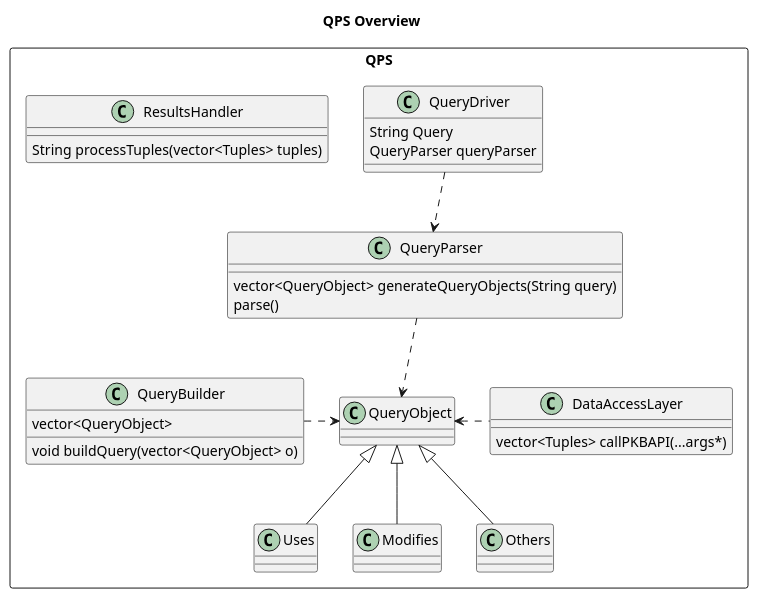
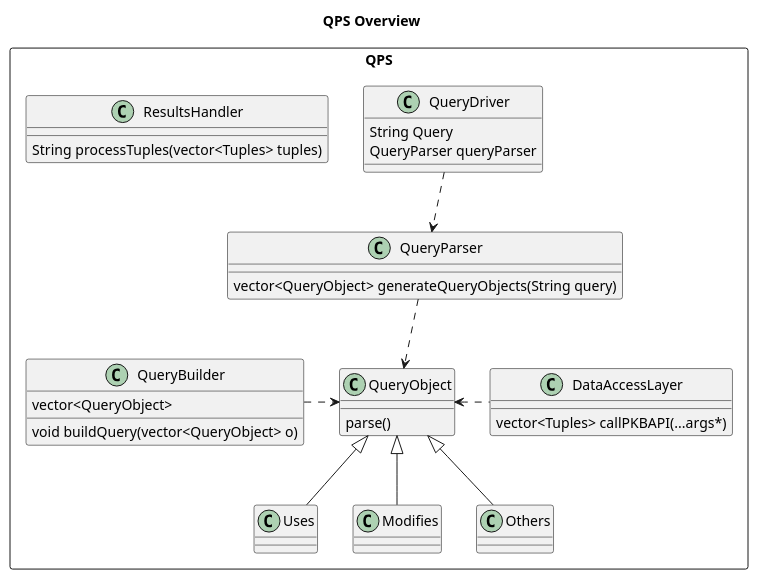
Before and after one commit to NicsunXnus/SoftwareEngineeringProject: the diagram in Team00/Docs/Diagrams/QPS/QPSOverview.puml, drawn with PlantUML. The commit also changed other lines of this file and 1 other file, not shown here.

```diff
--- a/Team00/Docs/Diagrams/QPS/QPSOverview.puml
+++ b/Team00/Docs/Diagrams/QPS/QPSOverview.puml
@@ -1,74 +1,74 @@
 @startuml
 ' !include ../style.puml
 skinparam ClassFontColor #000000
 skinparam ClassBorderColor #000000
 
 title QPS Overview
 
 ' package QueryProcessingSubsystem <<Rectangle>> {
     
 ' }
 ' Class Tokens {
         
 ' }
 package QPS <<Rectangle>> {
     'Tokenizes the query'
     ' Class Tokenizer {
     '     vector<Tokens> tokens
     ' }
     'Represents the different types of tokens'
     
     Class QueryDriver {
         String Query
         QueryParser queryParser
     }
 
     'Converts the Tokens into Query Object'
     Class QueryParser {
         vector<QueryObject> generateQueryObjects(String query)
-        parse()
+        
     }
 
     'AST representation of tokens'
     ' Class AST'
 
     'Holds the info needed to request the PKB'
     Class QueryObject {
-        
+        parse()
     }
     Class Uses
     Class Modifies
     Class Others
     
     'builds the query based on Query Object (which API calls to make to PKB)'
     Class QueryBuilder {
         vector<QueryObject>
         void buildQuery(vector<QueryObject> o)
     }
     'Handles return values from PKB'
     Class ResultsHandler {
         String processTuples(vector<Tuples> tuples)
     }
 
     'Talks to PKB'
     Class DataAccessLayer {
         
         vector<Tuples> callPKBAPI(...args*)
     }
 
     
 
 }
 
 
 Uses -up-|> QueryObject
 Modifies -up-|> QueryObject
 Others -up-|> QueryObject
 QueryParser .down.> QueryObject
 DataAccessLayer .left.> QueryObject
 QueryBuilder .right.> QueryObject
 QueryDriver ..> QueryParser
 ' QueryProcessingSubsystem -down-> QPS
 ' Clauses -up-|> QueryEvaluator
 
 @end
```
